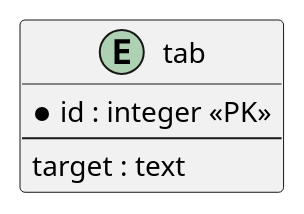
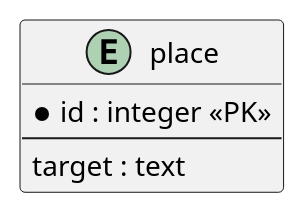
Before and after one commit to envsemble/coord: the fourth of 4 diagrams in docs/diagrams.md, drawn with PlantUML. The commit also changed other lines of this file and 11 other files, not shown here.

````diff
--- a/docs/diagrams.md
+++ b/docs/diagrams.md
@@ -171,9 +171,9 @@
 ```plantuml
-' atlas description A tab of a window, showing something of one project.
-entity tab {
+' atlas description A place a window shows: a project's plans, a plan, a diagram or a file.
+entity place {
   *id : integer <<PK>>
   --
-  ' atlas description Empty for a project page.
+  ' atlas description Empty for a project's plans.
   target : text
 }
 ```
````
